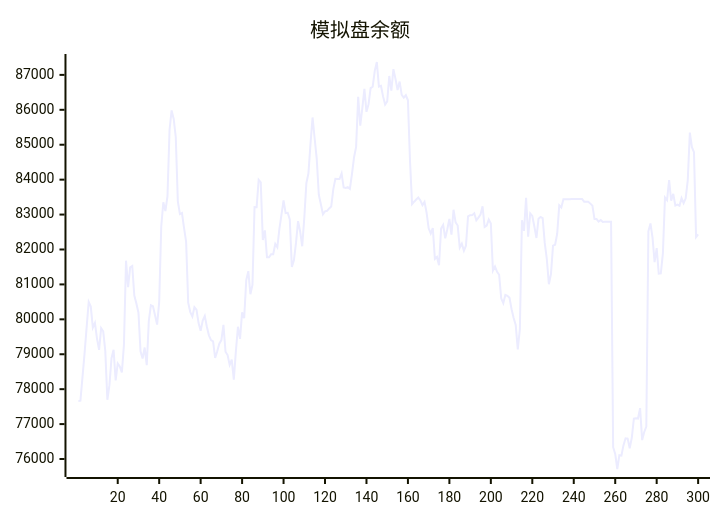
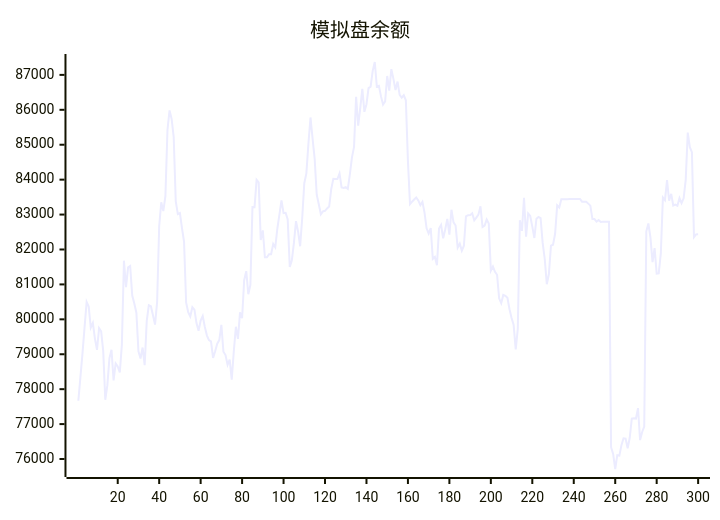
One commit to aahl/ai-trading changed the diagram in README.md. Above: the diagram before and after it, drawn with Mermaid. The commit also changed other lines of this file and 1 other file, not shown here.

````diff
--- a/README.md
+++ b/README.md
@@ -5,5 +5,5 @@
 ```mermaid
 xychart
     title "模拟盘余额"
-    line [77658,77669,78346,79023,79769,80497,80366,79761,79896,79448,79126,79749,79658,79097,77695,78114,78888,79126,78249,78738,78653,78478,79271,81680,80923,81488,81527,80681,80455,80190,79084,78879,79193,78686,79954,80403,80374,80118,79848,80491,82665,83351,83098,83525,85430,85983,85737,85221,83378,83014,83043,82613,82216,80477,80208,80081,80348,80277,79894,79670,79965,80093,79786,79542,79406,79371,78893,79087,79304,79406,79841,79072,78978,78696,78846,78272,79085,79787,79442,80198,80031,81120,81379,80718,80985,83214,83212,83993,83921,82270,82547,81776,81776,81866,81866,82158,82061,82596,83000,83408,83041,83050,82858,81503,81691,82188,82812,82517,82092,82901,83898,84180,85030,85781,85178,84604,83569,83298,83008,83093,83107,83175,83228,83729,84025,84017,84019,84177,83775,83762,83785,83738,84160,84639,84939,86370,85548,86046,86599,85942,86161,86622,86664,87115,87369,86666,86685,86384,86152,86243,86969,86548,87164,86885,86566,86809,86427,86348,86417,86273,84538,83299,83369,83430,83490,83404,83270,83362,83056,82605,82459,82614,81734,81788,81551,82598,82702,82320,82580,82878,82426,83139,82778,82686,82056,82166,81963,82110,82951,82983,82984,83038,82838,82915,82998,83235,82642,82682,82858,82746,81396,81512,81362,81277,80600,80461,80699,80673,80616,80288,80038,79836,79142,79722,82837,82533,83480,82366,83032,82960,82654,82330,82883,82934,82901,82188,81728,81005,81298,82110,82135,82449,83264,83203,83440,83439,83440,83440,83446,83447,83448,83447,83448,83449,83369,83369,83369,83313,83256,82872,82873,82801,82844,82785,82791,82791,82793,82794,76339,76145,75714,76110,76096,76397,76594,76585,76310,76607,77160,77170,77160,77456,76541,76774,76927,82520,82744,82337,81639,82040,81307,81314,81887,83490,83414,83984,83396,83594,83261,83287,83253,83470,83327,83465,83987,85348,84930,84786,82355,82433]
+    line [77669,78346,79023,79769,80497,80366,79761,79896,79448,79126,79749,79658,79097,77695,78114,78888,79126,78249,78738,78653,78478,79271,81680,80923,81488,81527,80681,80455,80190,79084,78879,79193,78686,79954,80403,80374,80118,79848,80491,82665,83351,83098,83525,85430,85983,85737,85221,83378,83014,83043,82613,82216,80477,80208,80081,80348,80277,79894,79670,79965,80093,79786,79542,79406,79371,78893,79087,79304,79406,79841,79072,78978,78696,78846,78272,79085,79787,79442,80198,80031,81120,81379,80718,80985,83214,83212,83993,83921,82270,82547,81776,81776,81866,81866,82158,82061,82596,83000,83408,83041,83050,82858,81503,81691,82188,82812,82517,82092,82901,83898,84180,85030,85781,85178,84604,83569,83298,83008,83093,83107,83175,83228,83729,84025,84017,84019,84177,83775,83762,83785,83738,84160,84639,84939,86370,85548,86046,86599,85942,86161,86622,86664,87115,87369,86666,86685,86384,86152,86243,86969,86548,87164,86885,86566,86809,86427,86348,86417,86273,84538,83299,83369,83430,83490,83404,83270,83362,83056,82605,82459,82614,81734,81788,81551,82598,82702,82320,82580,82878,82426,83139,82778,82686,82056,82166,81963,82110,82951,82983,82984,83038,82838,82915,82998,83235,82642,82682,82858,82746,81396,81512,81362,81277,80600,80461,80699,80673,80616,80288,80038,79836,79142,79722,82837,82533,83480,82366,83032,82960,82654,82330,82883,82934,82901,82188,81728,81005,81298,82110,82135,82449,83264,83203,83440,83439,83440,83440,83446,83447,83448,83447,83448,83449,83369,83369,83369,83313,83256,82872,82873,82801,82844,82785,82791,82791,82793,82794,76339,76145,75714,76110,76096,76397,76594,76585,76310,76607,77160,77170,77160,77456,76541,76774,76927,82520,82744,82337,81639,82040,81307,81314,81887,83490,83414,83984,83396,83594,83261,83287,83253,83470,83327,83465,83987,85348,84930,84786,82355,82433,82438]
 ```
````
